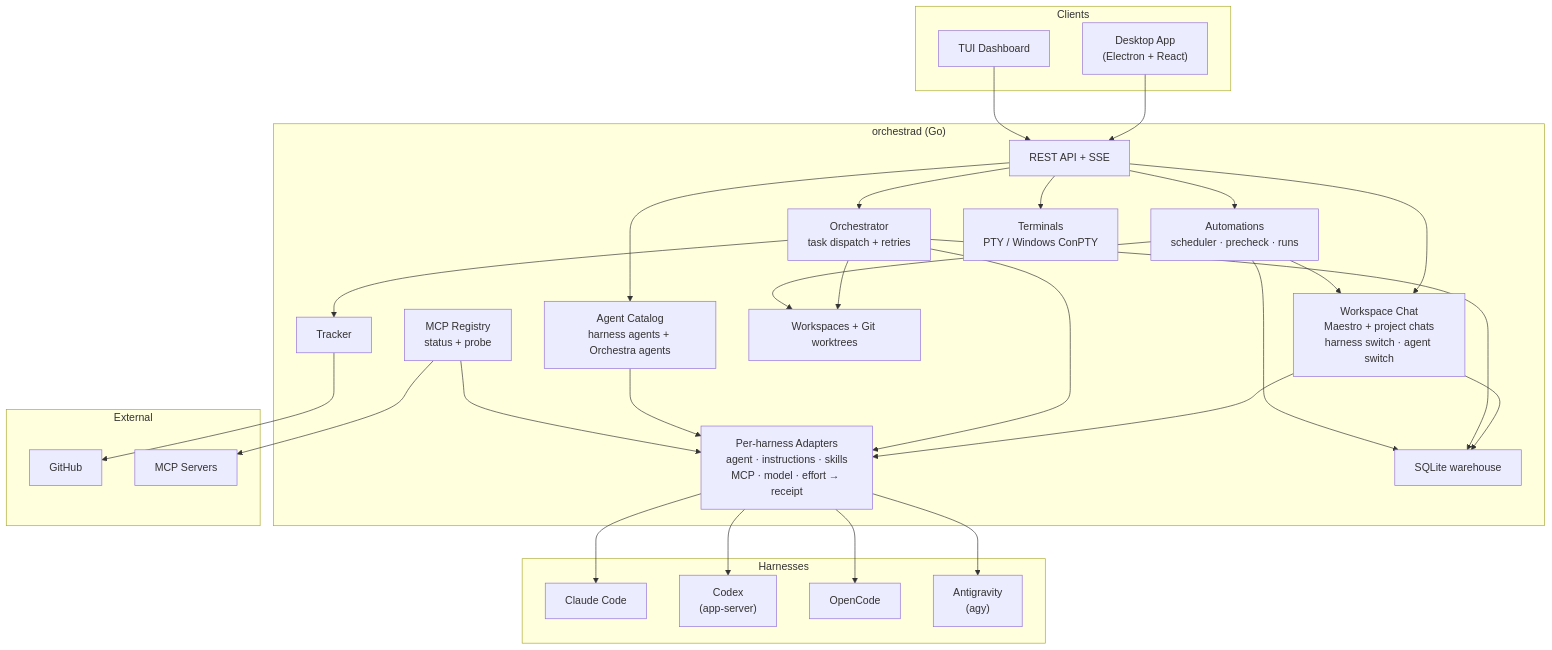
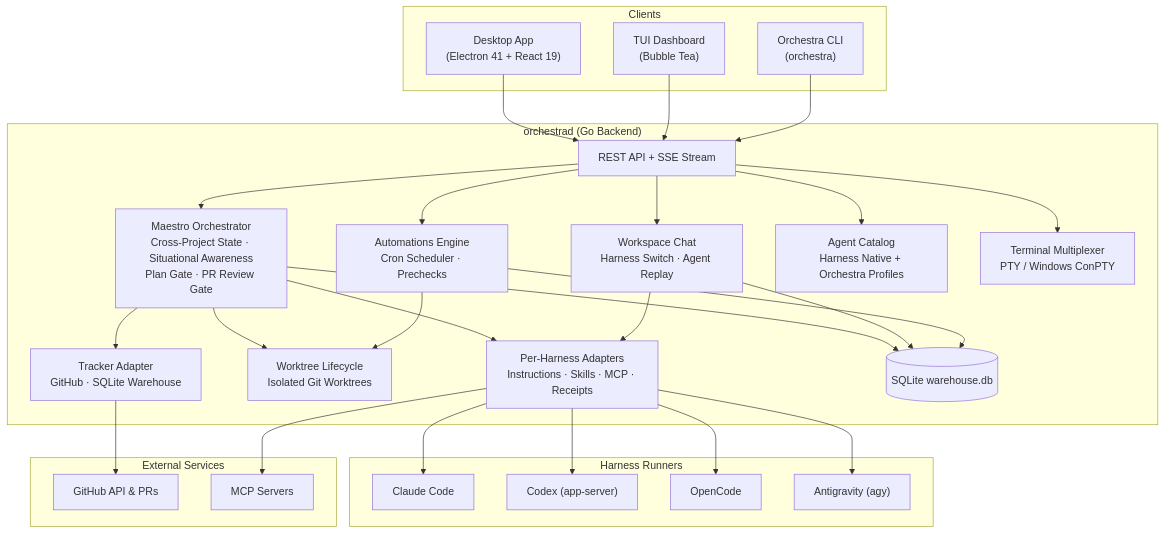
Before and after one commit to Traves-Theberge/Orchestra: the diagram in README.md, drawn with Mermaid. The commit also changed other lines of this file and 1 other file, not shown here.

Commit message:
docs: overhaul README with product showcase and add Maestro situational awareness rule

````diff
--- a/README.md
+++ b/README.md
@@ -198,58 +116,56 @@
 ```mermaid
 graph TB
-    subgraph Clients
-        DESKTOP["Desktop App<br/>(Electron + React)"]
-        TUI["TUI Dashboard"]
+    subgraph Clients["Clients"]
+        DESKTOP["Desktop App<br/>(Electron 41 + React 19)"]
+        TUI["TUI Dashboard<br/>(Bubble Tea)"]
+        CLI["Orchestra CLI<br/>(orchestra)"]
     end
 
-    subgraph Backend["orchestrad (Go)"]
-        API["REST API + SSE"]
-        CHAT["Workspace Chat<br/>Maestro + project chats<br/>harness switch · agent switch"]
-        ORCH["Orchestrator<br/>task dispatch + retries"]
-        AUTO["Automations<br/>scheduler · precheck · runs"]
-        CATALOG["Agent Catalog<br/>harness agents + Orchestra agents"]
-        ADAPT["Per-harness Adapters<br/>agent · instructions · skills<br/>MCP · model · effort → receipt"]
-        MCP["MCP Registry<br/>status + probe"]
-        TERM["Terminals<br/>PTY / Windows ConPTY"]
-        WS["Workspaces + Git worktrees"]
-        TRACKER["Tracker"]
-        DB["SQLite warehouse"]
+    subgraph Backend["orchestrad (Go Backend)"]
+        API["REST API + SSE Stream"]
+        MAESTRO["Maestro Orchestrator<br/>Cross-Project State · Situational Awareness<br/>Plan Gate · PR Review Gate"]
+        CHAT["Workspace Chat<br/>Harness Switch · Agent Replay"]
+        AUTO["Automations Engine<br/>Cron Scheduler · Prechecks"]
+        CATALOG["Agent Catalog<br/>Harness Native + Orchestra Profiles"]
+        ADAPT["Per-Harness Adapters<br/>Instructions · Skills · MCP · Receipts"]
+        TERM["Terminal Multiplexer<br/>PTY / Windows ConPTY"]
+        WS["Worktree Lifecycle<br/>Isolated Git Worktrees"]
+        TRACKER["Tracker Adapter<br/>GitHub · SQLite Warehouse"]
+        DB[(SQLite warehouse.db)]
     end
 
-    subgraph Harnesses
+    subgraph Harnesses["Harness Runners"]
         CLAUDE["Claude Code"]
-        CODEX["Codex<br/>(app-server)"]
+        CODEX["Codex (app-server)"]
         OPENCODE["OpenCode"]
-        AGY["Antigravity<br/>(agy)"]
+        AGY["Antigravity (agy)"]
     end
 
-    subgraph External
-        GH["GitHub"]
+    subgraph External["External Services"]
+        GH["GitHub API & PRs"]
         MCP_SRV["MCP Servers"]
     end
 
     DESKTOP --> API
     TUI --> API
+    CLI --> API
     API --> CHAT
-    API --> ORCH
+    API --> MAESTRO
     API --> AUTO
     API --> CATALOG
     API --> TERM
-    AUTO --> CHAT
+    MAESTRO --> ADAPT
+    MAESTRO --> WS
+    MAESTRO --> TRACKER
     CHAT --> ADAPT
-    ORCH --> ADAPT
-    CATALOG --> ADAPT
-    MCP --> ADAPT
+    AUTO --> WS
     ADAPT --> CLAUDE
     ADAPT --> CODEX
     ADAPT --> OPENCODE
     ADAPT --> AGY
-    ORCH --> WS
-    AUTO --> WS
-    ORCH --> TRACKER
     TRACKER --> GH
-    MCP --> MCP_SRV
+    ADAPT --> MCP_SRV
+    MAESTRO --> DB
     CHAT --> DB
-    ORCH --> DB
     AUTO --> DB
 ```
````
